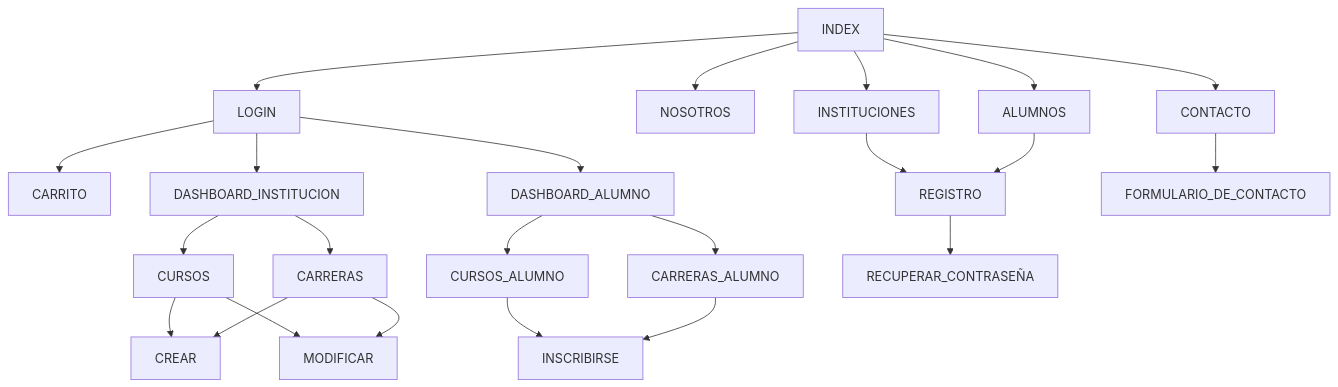
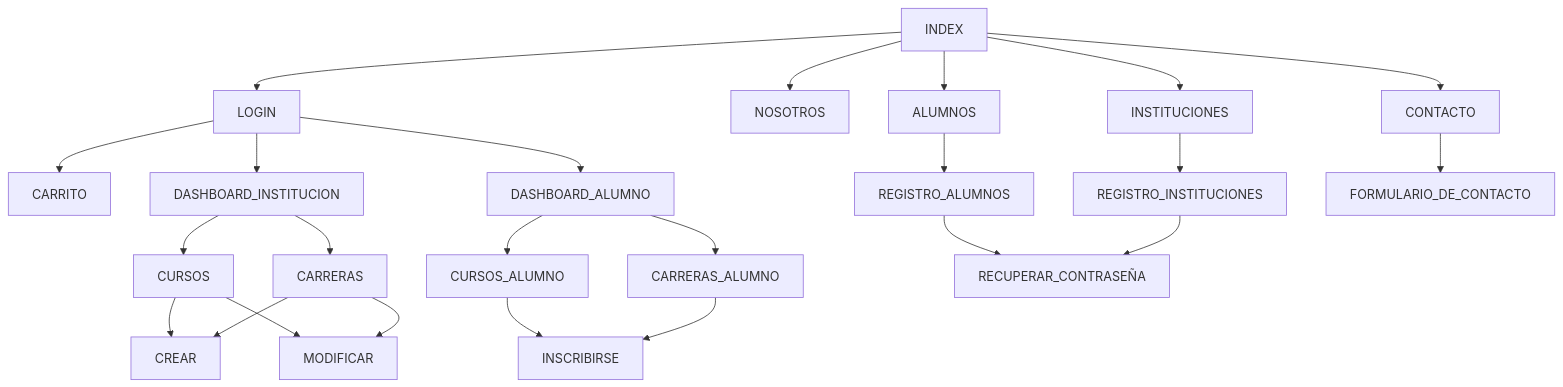
Before and after one commit to PPROF2-2022ProgWeb/g15-aula1-plataforma-virtual-g15: the diagram in README.md, drawn with Mermaid.

Commit message:
fixed sitemap

````diff
--- a/README.md
+++ b/README.md
@@ -15,23 +15,24 @@
 ```mermaid
 graph TD;
     INDEX-->LOGIN;
     INDEX-->NOSOTROS;
     INDEX-->INSTITUCIONES;
     INDEX-->ALUMNOS;
     INDEX-->CONTACTO;
     LOGIN-->CARRITO;
     LOGIN-->DASHBOARD_INSTITUCION;
     LOGIN-->DASHBOARD_ALUMNO;
     DASHBOARD_ALUMNO-->CURSOS_ALUMNO-->INSCRIBIRSE;
     DASHBOARD_ALUMNO-->CARRERAS_ALUMNO-->INSCRIBIRSE;
     DASHBOARD_INSTITUCION-->CURSOS;
     CURSOS-->CREAR;
     CURSOS-->MODIFICAR;
     DASHBOARD_INSTITUCION-->CARRERAS;
     CARRERAS-->CREAR;
     CARRERAS-->MODIFICAR;
-    INSTITUCIONES-->REGISTRO;
-    ALUMNOS-->REGISTRO;
-    REGISTRO-->RECUPERAR_CONTRASEÑA;
+    INSTITUCIONES-->REGISTRO_INSTITUCIONES;
+    ALUMNOS-->REGISTRO_ALUMNOS;
+    REGISTRO_ALUMNOS-->RECUPERAR_CONTRASEÑA;
+    REGISTRO_INSTITUCIONES-->RECUPERAR_CONTRASEÑA;
     CONTACTO-->FORMULARIO_DE_CONTACTO;
 ```
````
